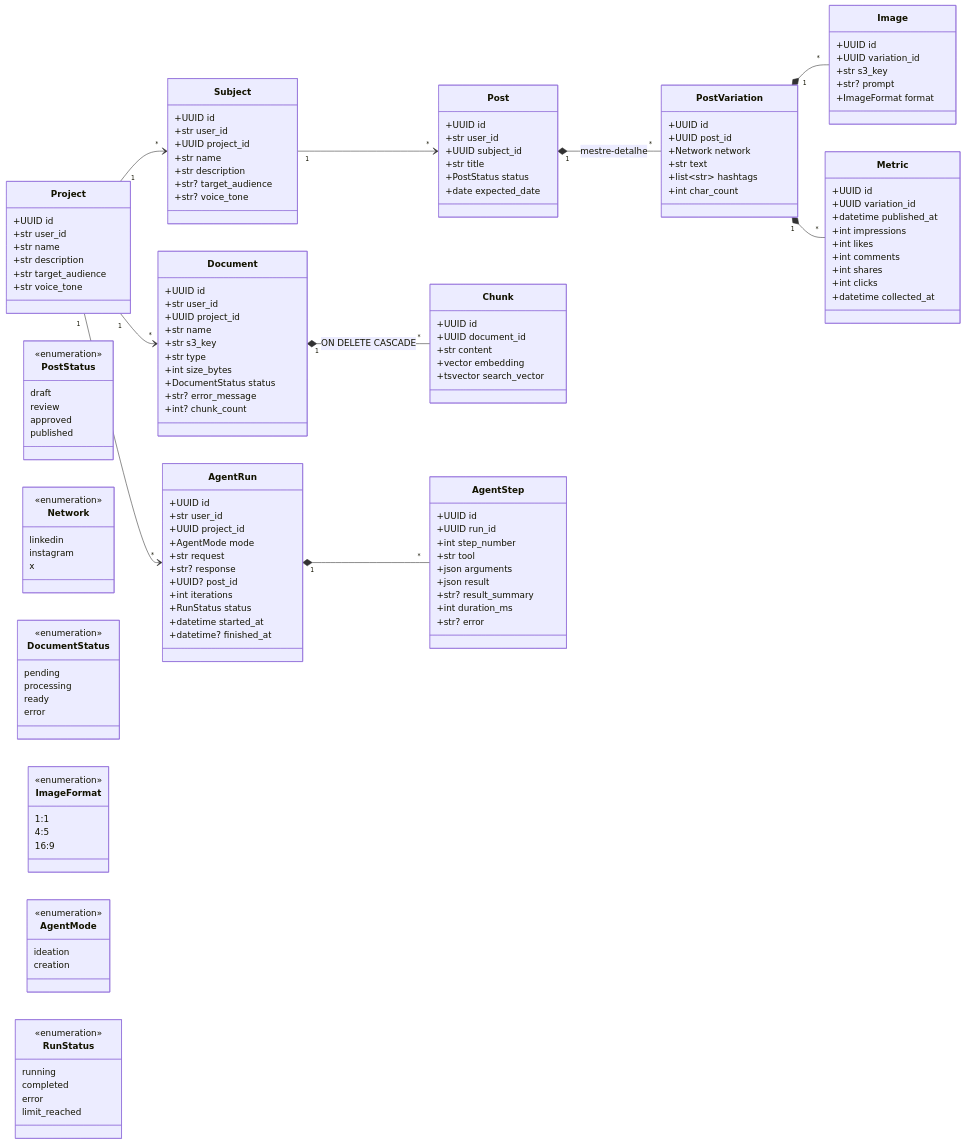
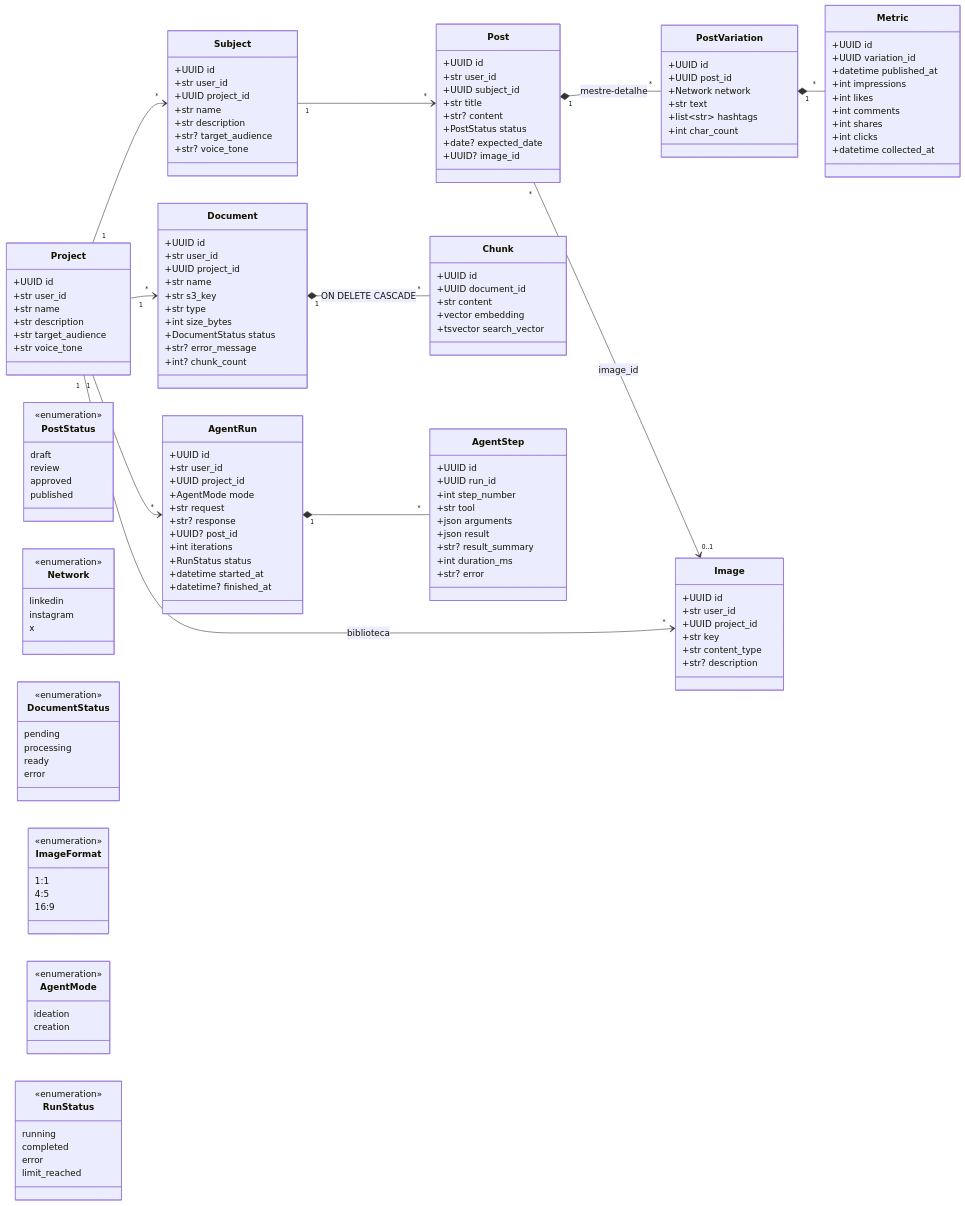
The diagram in _docs/modelo-de-dados.md (JonasRocha189/postpilot-ai), drawn with Mermaid before and after one commit. The commit also changed other lines of this file and 97 other files, not shown here.

```diff
--- a/_docs/modelo-de-dados.md
+++ b/_docs/modelo-de-dados.md
@@ -53,8 +53,10 @@
         +str user_id
         +UUID subject_id
         +str title
+        +str? content
         +PostStatus status
-        +date expected_date
+        +date? expected_date
+        +UUID? image_id
     }
 
     class PostVariation {
@@ -68,10 +70,11 @@
 
     class Image {
         +UUID id
-        +UUID variation_id
-        +str s3_key
-        +str? prompt
-        +ImageFormat format
+        +str user_id
+        +UUID project_id
+        +str key
+        +str content_type
+        +str? description
     }
 
     class Metric {
@@ -182,7 +185,8 @@
     Project "1" --> "*" AgentRun
     Subject "1" --> "*" Post
     Post "1" *-- "*" PostVariation : mestre-detalhe
-    PostVariation "1" *-- "*" Image
+    Project "1" --> "*" Image : biblioteca
+    Post "*" --> "0..1" Image : image_id
     PostVariation "1" *-- "*" Metric
     Document "1" *-- "*" Chunk : ON DELETE CASCADE
     AgentRun "1" *-- "*" AgentStep
```
